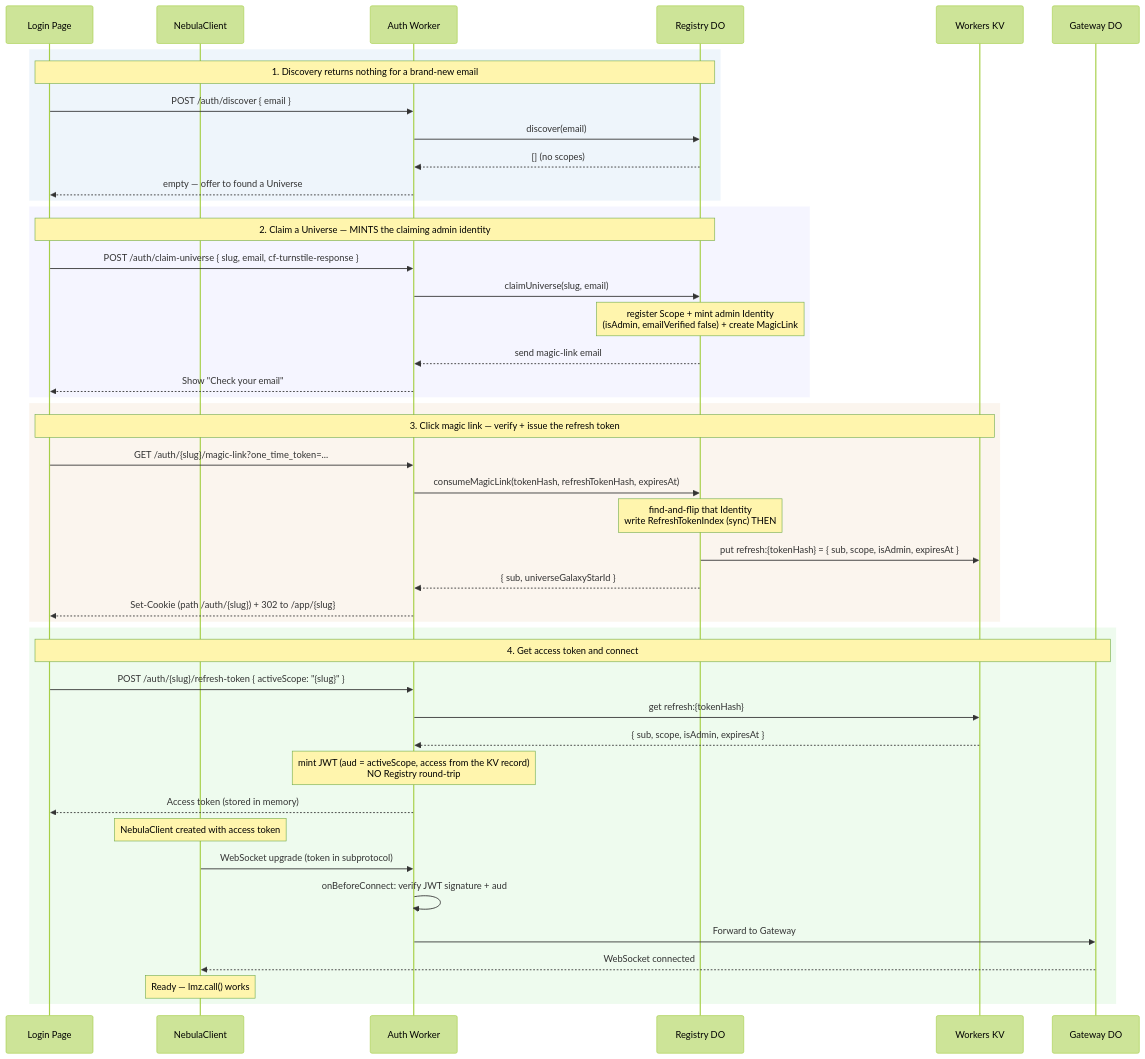
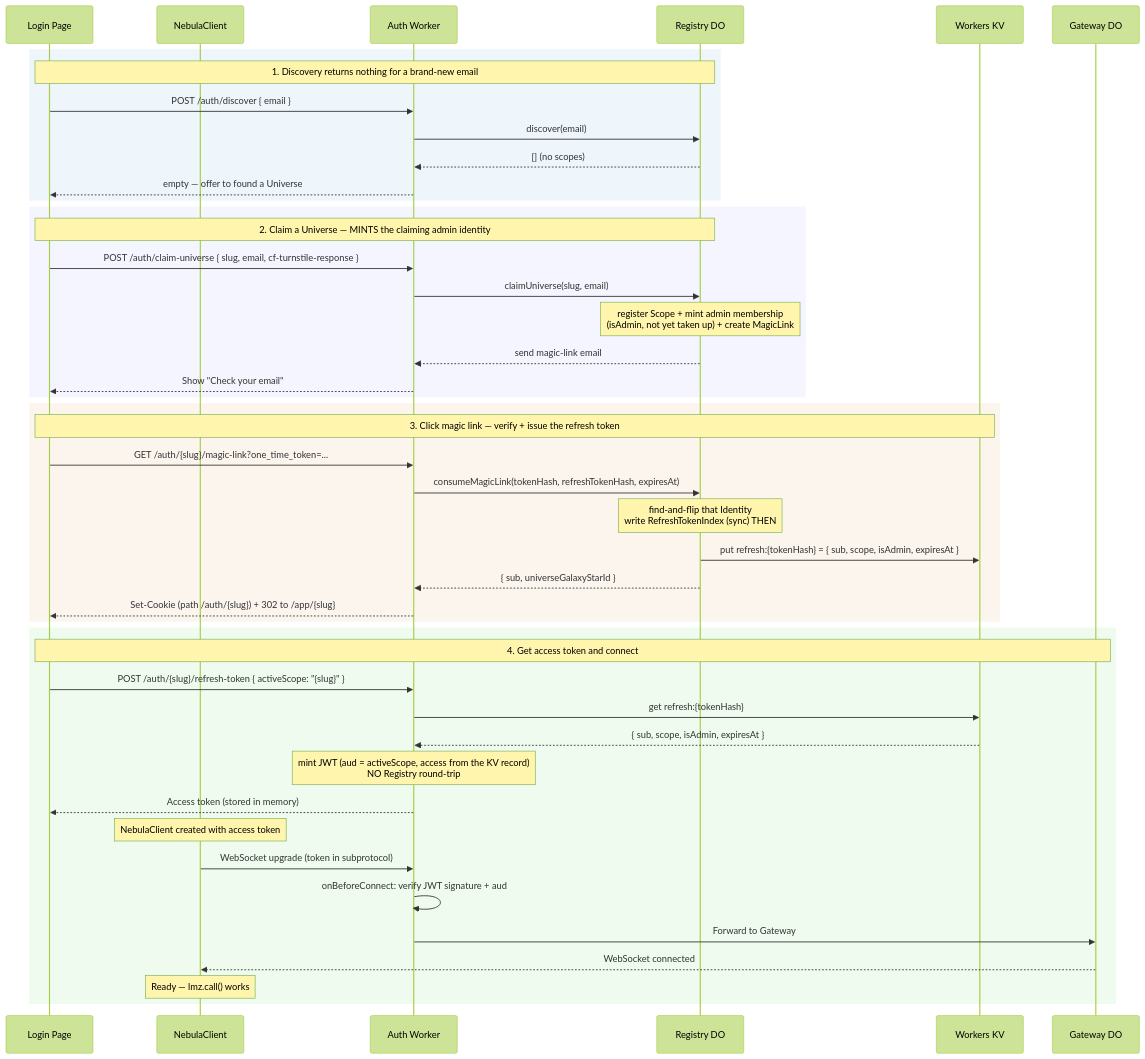
Before and after one commit to lumenize/lumenize: the first of 6 diagrams in website/docs/nebula/auth-flows.md, drawn with Mermaid (forest theme). The commit also changed other lines of this file and 5 other files, not shown here.

````diff
--- a/website/docs/nebula/auth-flows.md
+++ b/website/docs/nebula/auth-flows.md
@@ -40,51 +40,51 @@
 ```mermaid
 sequenceDiagram
     participant UI as Login Page
     participant NC as NebulaClient
     participant W as Auth Worker
     participant R as Registry DO
     participant KV as Workers KV
     participant GW as Gateway DO
 
     rect rgba(200, 220, 240, 0.3)
         Note over UI,R: 1. Discovery returns nothing for a brand-new email
         UI->>W: POST /auth/discover { email }
         W->>R: discover(email)
         R-->>W: [] (no scopes)
         W-->>UI: empty — offer to found a Universe
     end
 
     rect rgba(220, 220, 255, 0.3)
         Note over UI,R: 2. Claim a Universe — MINTS the claiming admin identity
         UI->>W: POST /auth/claim-universe { slug, email, cf-turnstile-response }
         W->>R: claimUniverse(slug, email)
-        Note over R: register Scope + mint admin Identity<br/>(isAdmin, emailVerified false) + create MagicLink
+        Note over R: register Scope + mint admin membership<br/>(isAdmin, not yet taken up) + create MagicLink
         R-->>W: send magic-link email
         W-->>UI: Show "Check your email"
     end
 
     rect rgba(240, 220, 200, 0.3)
         Note over UI,KV: 3. Click magic link — verify + issue the refresh token
         UI->>W: GET /auth/{slug}/magic-link?one_time_token=...
         W->>R: consumeMagicLink(tokenHash, refreshTokenHash, expiresAt)
         Note over R: find-and-flip that Identity<br/>write RefreshTokenIndex (sync) THEN
         R->>KV: put refresh:{tokenHash} = { sub, scope, isAdmin, expiresAt }
         R-->>W: { sub, universeGalaxyStarId }
         W-->>UI: Set-Cookie (path /auth/{slug}) + 302 to /app/{slug}
     end
 
     rect rgba(200, 240, 200, 0.3)
         Note over UI,GW: 4. Get access token and connect
         UI->>W: POST /auth/{slug}/refresh-token { activeScope: "{slug}" }
         W->>KV: get refresh:{tokenHash}
         KV-->>W: { sub, scope, isAdmin, expiresAt }
         Note over W: mint JWT (aud = activeScope, access from the KV record)<br/>NO Registry round-trip
         W-->>UI: Access token (stored in memory)
         Note over NC: NebulaClient created with access token
         NC->>W: WebSocket upgrade (token in subprotocol)
         W->>W: onBeforeConnect: verify JWT signature + aud
         W->>GW: Forward to Gateway
         GW-->>NC: WebSocket connected
         Note over NC: Ready — lmz.call() works
     end
 ```
````
